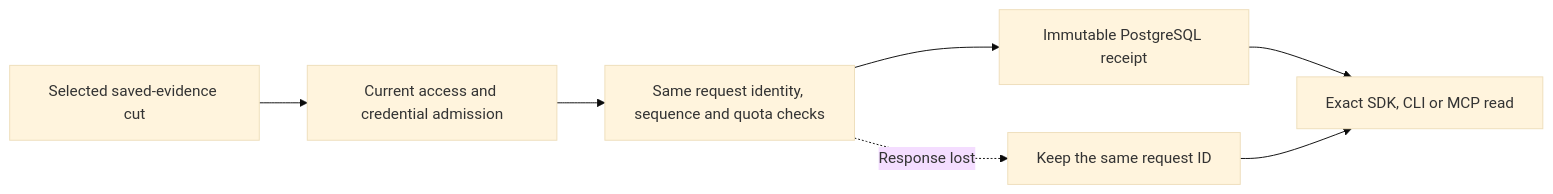
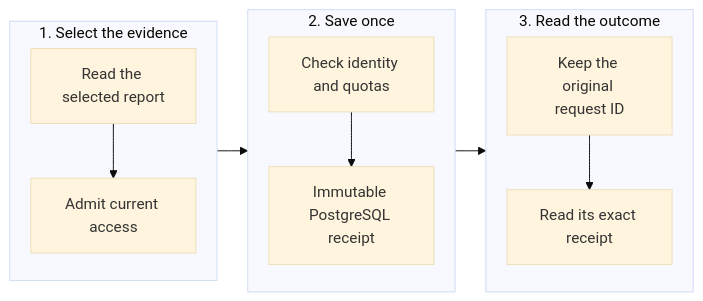
The diagram in docs/project-campaigns.md (fireflyframework/firefly-forge), drawn with Mermaid (base theme) before and after one commit. The commit also changed other lines of this file and 2 other files, not shown here.

Commit message:
Keep factory and report diagrams legible across viewports

````diff
--- a/docs/project-campaigns.md
+++ b/docs/project-campaigns.md
@@ -154,9 +156,23 @@
 ```mermaid
+---
+config:
+  flowchart:
+    wrappingWidth: 112
+    rankSpacing: 32
+    nodeSpacing: 24
+---
 flowchart LR
-  A[Selected saved-evidence cut] --> B[Current access and credential admission]
-  B --> C[Same request identity, sequence and quota checks]
-  C --> D[Immutable PostgreSQL receipt]
-  D --> E[Exact SDK, CLI or MCP read]
-  C -. Response lost .-> F[Keep the same request ID]
-  F --> E
+  subgraph SelectPhase["1. Select the evidence"]
+    direction TB
+    A[Read the selected report] --> B[Admit current access]
+  end
+  subgraph SavePhase["2. Save once"]
+    direction TB
+    C[Check identity and quotas] --> D[Immutable PostgreSQL receipt]
+  end
+  subgraph ReadPhase["3. Read the outcome"]
+    direction TB
+    F[Keep the original request ID] --> E[Read its exact receipt]
+  end
+  SelectPhase --> SavePhase --> ReadPhase
 ```
````
